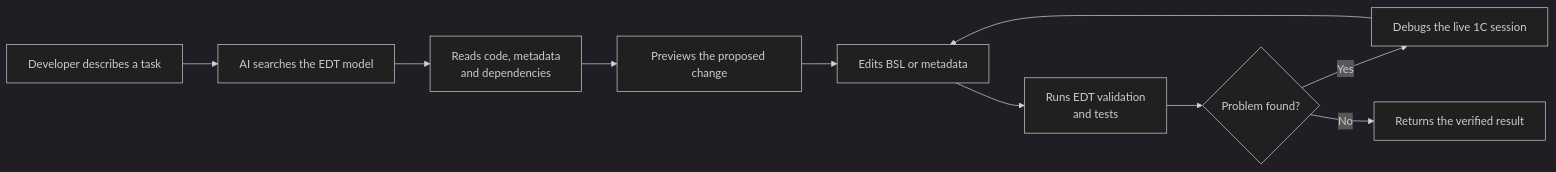
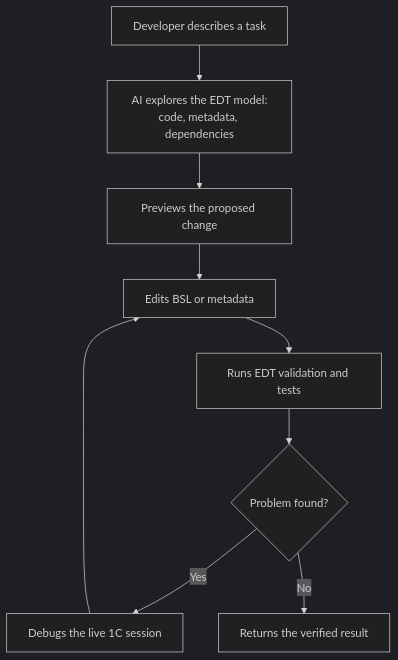
The first of 2 diagrams in README.en.md (Desko77/ai-edt), drawn with Mermaid (dark theme) before and after one commit. The commit also changed other lines of this file and 1 other file, not shown here.

First line of the commit message:
Lay the diagrams out so GitHub can render them

````diff
--- a/README.en.md
+++ b/README.en.md
@@ -56,12 +56,11 @@
 ```mermaid
-flowchart LR
-    Q["Developer describes a task"] --> S["AI searches the EDT model"]
-    S --> C["Reads code, metadata<br/>and dependencies"]
-    C --> P["Previews the proposed change"]
+flowchart TD
+    Q["Developer describes a task"] --> S["AI explores the EDT model:<br/>code, metadata, dependencies"]
+    S --> P["Previews the proposed change"]
     P --> E["Edits BSL or metadata"]
-    E --> V["Runs EDT validation<br/>and tests"]
+    E --> V["Runs EDT validation and tests"]
     V --> D{"Problem found?"}
     D -- Yes --> B["Debugs the live 1C session"]
     B --> E
     D -- No --> R["Returns the verified result"]
 ```
````
